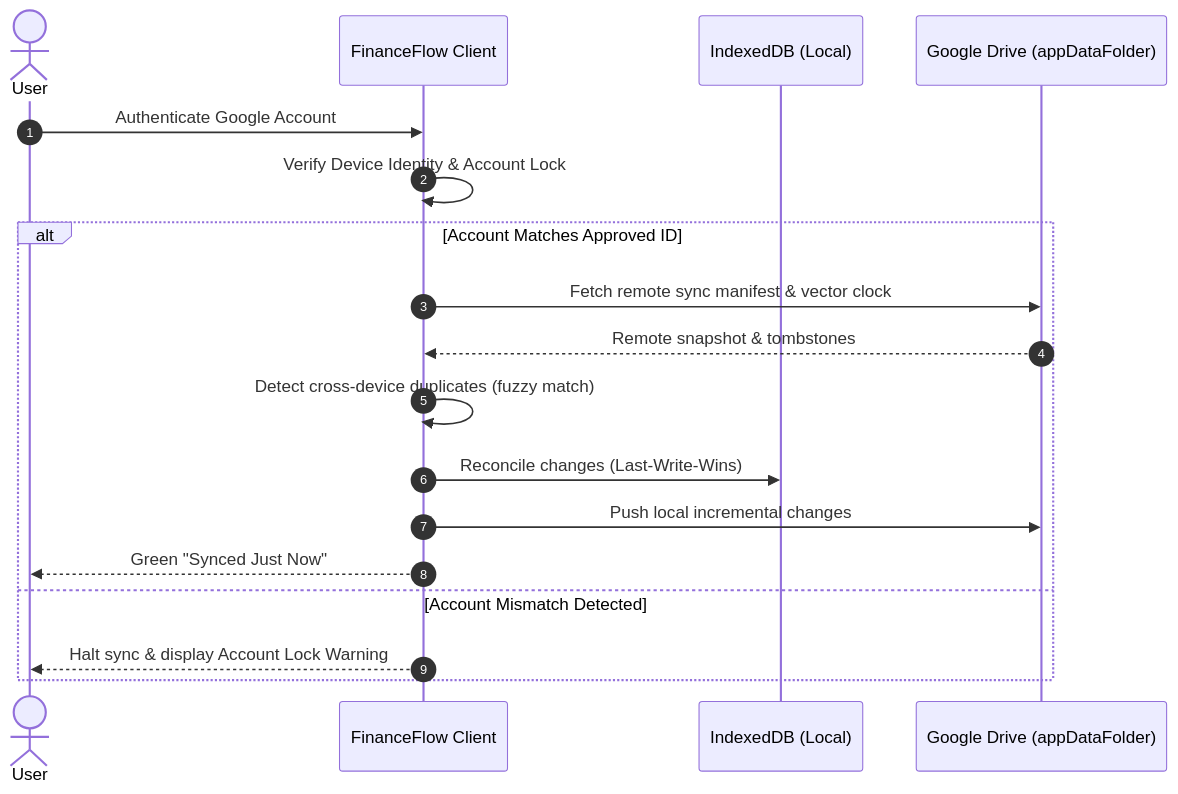
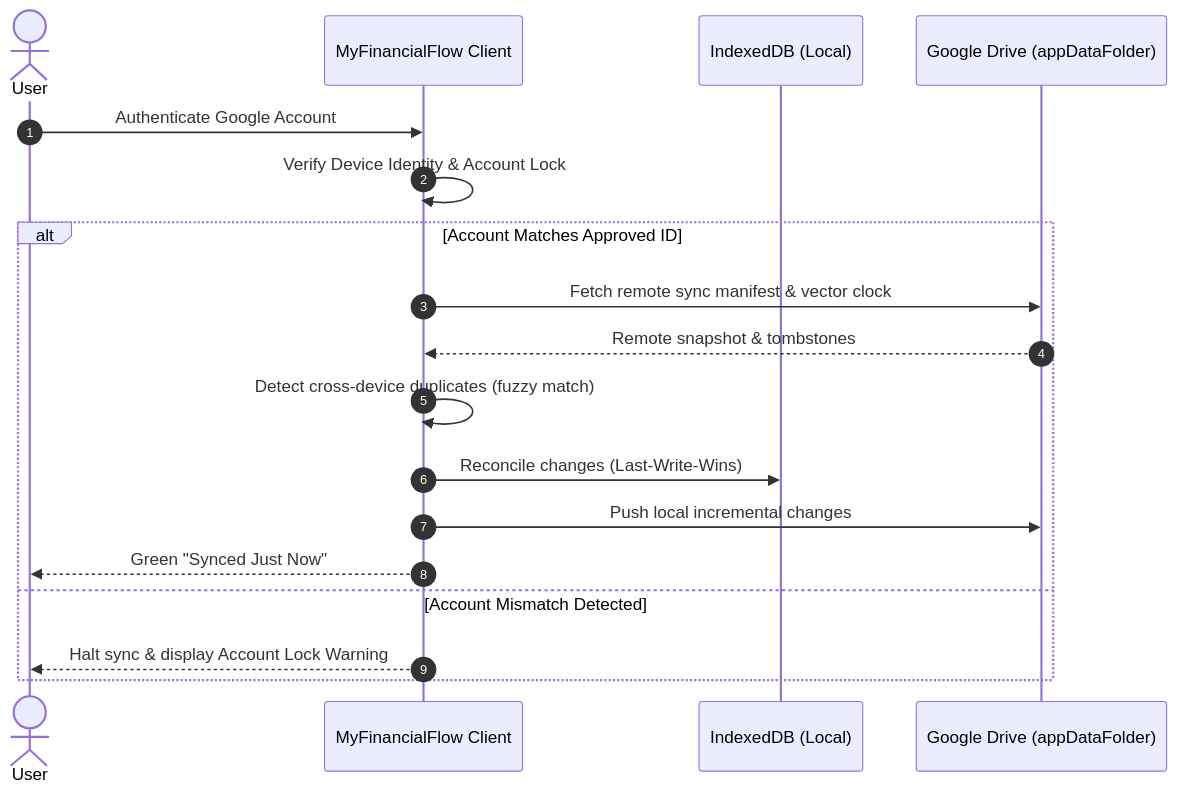
Before and after one commit to pranjiunggul/financeflow-pwa: the second of 3 diagrams in ARCHITECTURE.md, drawn with Mermaid. The commit also changed other lines of this file and 32 other files, not shown here.

Commit message:
feat(brand): update user-facing branding to MyFinancialFlow while preserving internal technical identifiers

````diff
--- a/ARCHITECTURE.md
+++ b/ARCHITECTURE.md
@@ -136,21 +136,21 @@
 ```mermaid
 sequenceDiagram
     autonumber
     actor User
-    participant PWA as FinanceFlow Client
+    participant PWA as MyFinancialFlow Client
     participant IDB as IndexedDB (Local)
     participant GDrive as Google Drive (appDataFolder)
 
     User->>PWA: Authenticate Google Account
     PWA->>PWA: Verify Device Identity & Account Lock
     alt Account Matches Approved ID
         PWA->>GDrive: Fetch remote sync manifest & vector clock
         GDrive-->>PWA: Remote snapshot & tombstones
         PWA->>PWA: Detect cross-device duplicates (fuzzy match)
         PWA->>IDB: Reconcile changes (Last-Write-Wins)
         PWA->>GDrive: Push local incremental changes
         PWA-->>User: Green "Synced Just Now"
     else Account Mismatch Detected
         PWA-->>User: Halt sync & display Account Lock Warning
     end
 ```
````
